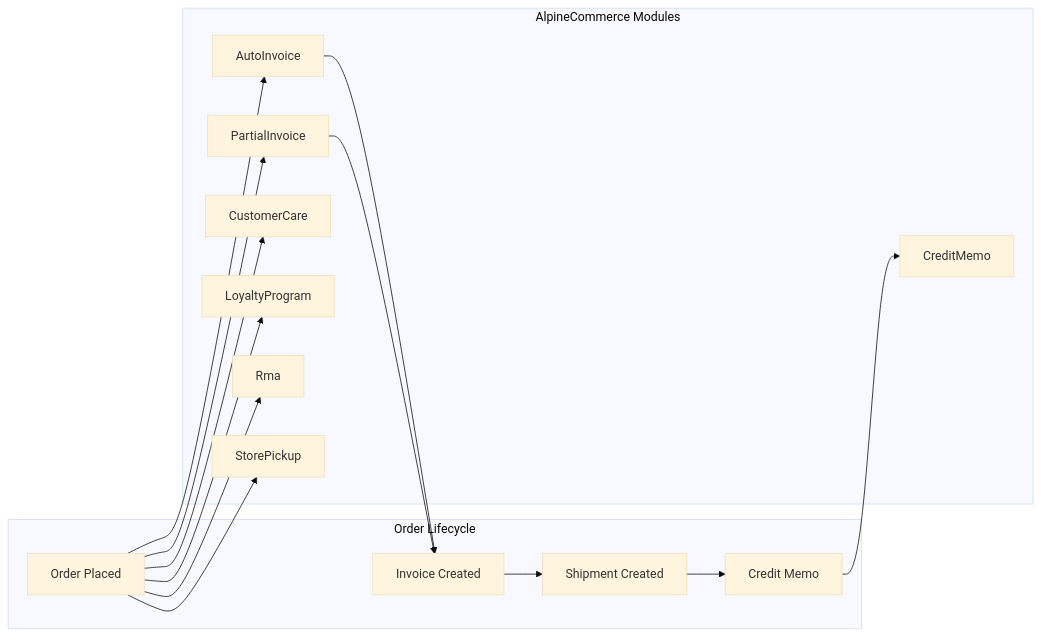
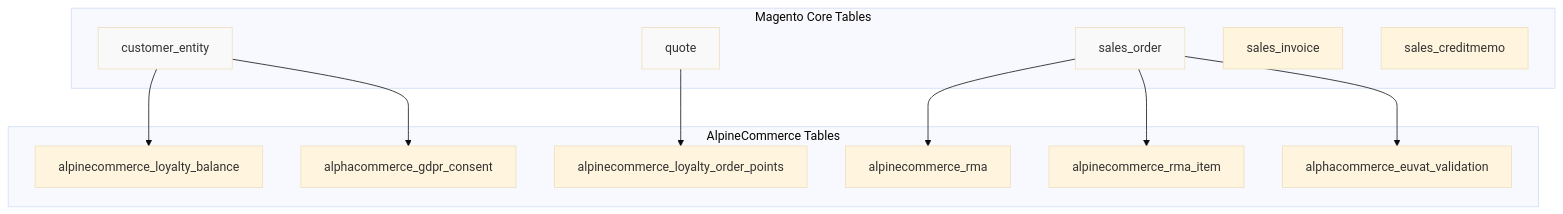
One commit to Boutayna4321/magento2 changed the second of 6 diagrams in ALPINECOMMERCE_PROJECT_SUMMARY.md. Above: the diagram before and after it, drawn with Mermaid (base theme). The commit also changed other lines of this file, not shown here.

Commit message:
docs: rewrite AlpineCommerce project summary with flows, rationale, and DB details

````diff
--- a/ALPINECOMMERCE_PROJECT_SUMMARY.md
+++ b/ALPINECOMMERCE_PROJECT_SUMMARY.md
@@ -511,32 +447,30 @@
 ```mermaid
-graph LR
-    subgraph "Order Lifecycle"
-        ORDER[Order Placed]
-        INVOICE[Invoice Created]
-        SHIPMENT[Shipment Created]
-        CREDIT[Credit Memo]
+graph TB
+    subgraph "Magento Core Tables"
+        CUSTOMER[customer_entity]
+        QUOTE[quote]
+        ORDER[sales_order]
+        INVOICE[sales_invoice]
+        CREDITMEMO[sales_creditmemo]
     end
     
-    subgraph "AlpineCommerce Modules"
-        AUTO_INV[AutoInvoice]
-        PART_INV[PartialInvoice]
-        CREDIT_MEMO[CreditMemo]
-        CUSTOMER_CARE[CustomerCare]
-        LOYALTY[LoyaltyProgram]
-        RMA[Rma]
-        STORE_PICKUP[StorePickup]
+    subgraph "AlpineCommerce Tables"
+        LOYALTY_BAL[alpinecommerce_loyalty_balance]
+        LOYALTY_PTS[alpinecommerce_loyalty_order_points]
+        RMA_TBL[alpinecommerce_rma]
+        RMA_ITEM[alpinecommerce_rma_item]
+        EUVAT[alphacommerce_euvat_validation]
+        GDPR[alphacommerce_gdpr_consent]
     end
     
-    ORDER --> AUTO_INV
-    ORDER --> PART_INV
-    ORDER --> CUSTOMER_CARE
-    ORDER --> LOYALTY
-    ORDER --> RMA
-    ORDER --> STORE_PICKUP
+    CUSTOMER --> LOYALTY_BAL
+    CUSTOMER --> GDPR
+    QUOTE --> LOYALTY_PTS
+    ORDER --> RMA_TBL
+    ORDER --> RMA_ITEM
+    ORDER --> EUVAT
     
-    AUTO_INV --> INVOICE
-    PART_INV --> INVOICE
-    INVOICE --> SHIPMENT
-    SHIPMENT --> CREDIT
-    CREDIT --> CREDIT_MEMO
+    style CUSTOMER fill:#f9f9f9
+    style QUOTE fill:#f9f9f9
+    style ORDER fill:#f9f9f9
 ```
````
